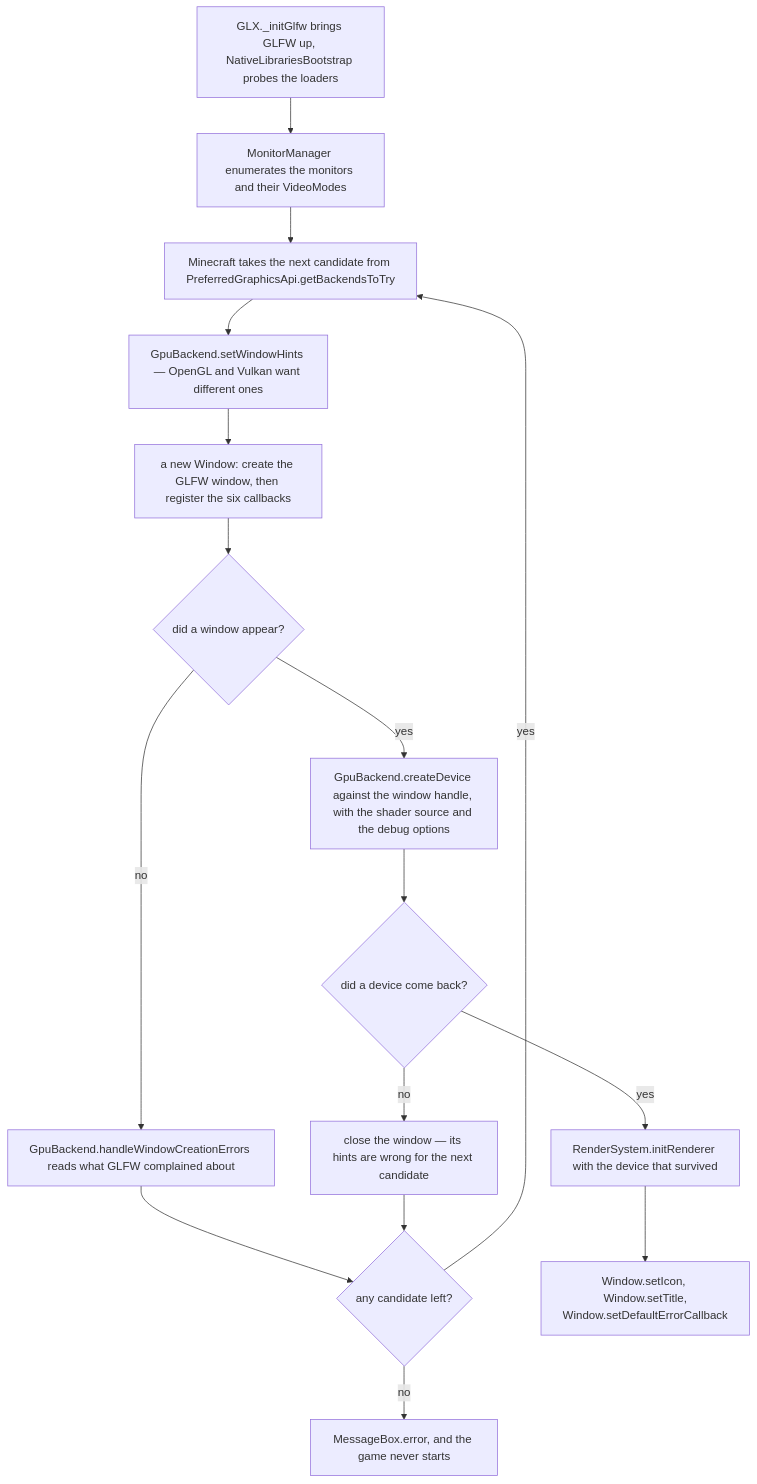
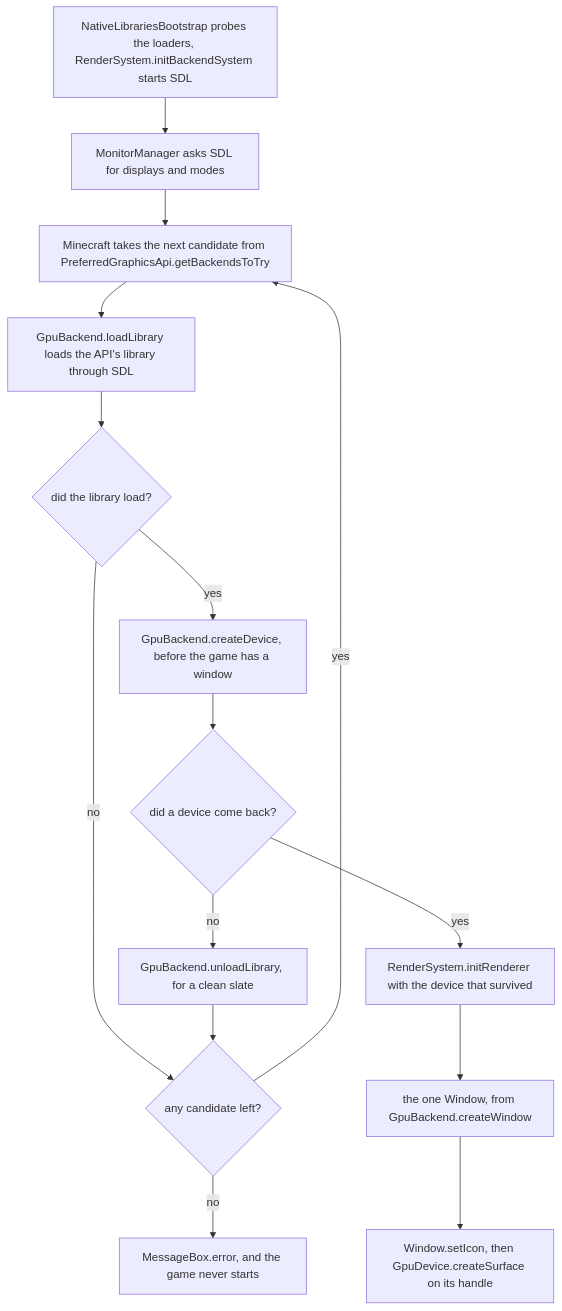
One commit to AlexanderjFraser/MinecraftDocs changed the first of 2 diagrams in src/systems/rendering/the-window.md. Above: the diagram before and after it, drawn with Mermaid. The commit also changed other lines of this file and 68 other files, not shown here.

````diff
--- a/src/systems/rendering/the-window.md
+++ b/src/systems/rendering/the-window.md
@@ -61,24 +63,23 @@
 ```mermaid
 flowchart TD
-    GLX["GLX._initGlfw brings GLFW up, NativeLibrariesBootstrap probes the loaders"]
-    MonM["MonitorManager enumerates the monitors and their VideoModes"]
+    BOOT["NativeLibrariesBootstrap probes the loaders, RenderSystem.initBackendSystem starts SDL"]
+    MonM["MonitorManager asks SDL for displays and modes"]
     MC["Minecraft takes the next candidate from PreferredGraphicsApi.getBackendsToTry"]
-    GB["GpuBackend.setWindowHints — OpenGL and Vulkan want different ones"]
-    Window["a new Window: create the GLFW window, then register the six callbacks"]
-    Q1{"did a window appear?"}
-    ERRS["GpuBackend.handleWindowCreationErrors reads what GLFW complained about"]
-    DEV["GpuBackend.createDevice against the window handle, with the shader source and the debug options"]
+    LIB["GpuBackend.loadLibrary loads the API's library through SDL"]
+    Q1{"did the library load?"}
+    DEV["GpuBackend.createDevice, before the game has a window"]
     Q2{"did a device come back?"}
-    KILL["close the window — its hints are wrong for the next candidate"]
+    UNL["GpuBackend.unloadLibrary, for a clean slate"]
     LEFT{"any candidate left?"}
     BOX["MessageBox.error, and the game never starts"]
     RS["RenderSystem.initRenderer with the device that survived"]
-    DONE["Window.setIcon, Window.setTitle,<br/>Window.setDefaultErrorCallback"]
-    GLX --> MonM --> MC --> GB --> Window --> Q1
-    Q1 -- "no" --> ERRS --> LEFT
+    WIN["the one Window, from GpuBackend.createWindow"]
+    DONE["Window.setIcon, then GpuDevice.createSurface on its handle"]
+    BOOT --> MonM --> MC --> LIB --> Q1
+    Q1 -- "no" --> LEFT
     Q1 -- "yes" --> DEV --> Q2
-    Q2 -- "no" --> KILL --> LEFT
-    Q2 -- "yes" --> RS --> DONE
+    Q2 -- "no" --> UNL --> LEFT
+    Q2 -- "yes" --> RS --> WIN --> DONE
     LEFT -- "yes" --> MC
     LEFT -- "no" --> BOX
 ```
````
